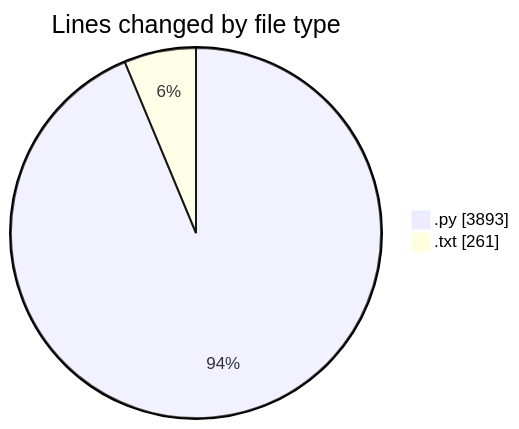
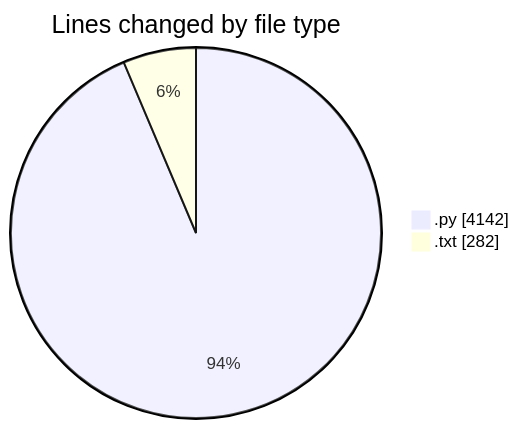
Before and after one commit to Ritupan-Deka/code-tracking: the first of 2 diagrams in 2025-05-26/zip_file/README.md, drawn with Mermaid. The commit also changed other lines of this file and 1 other file, not shown here.

````diff
--- a/2025-05-26/zip_file/README.md
+++ b/2025-05-26/zip_file/README.md
@@ -33,6 +34,6 @@
 ```mermaid
 pie showData
 title Lines changed by file type
-".py" : 3893
-".txt" : 261
+".py" : 4142
+".txt" : 282
 ```
````
